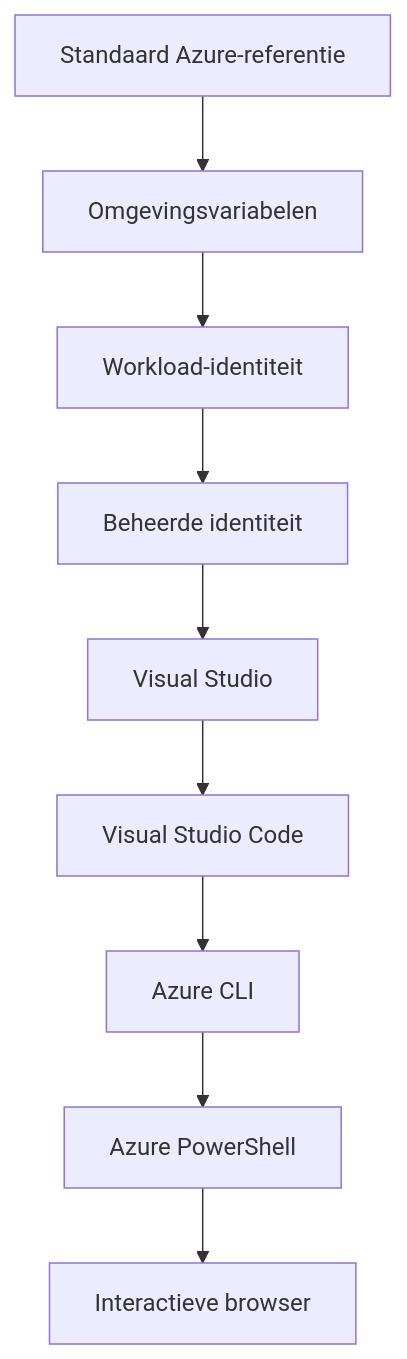
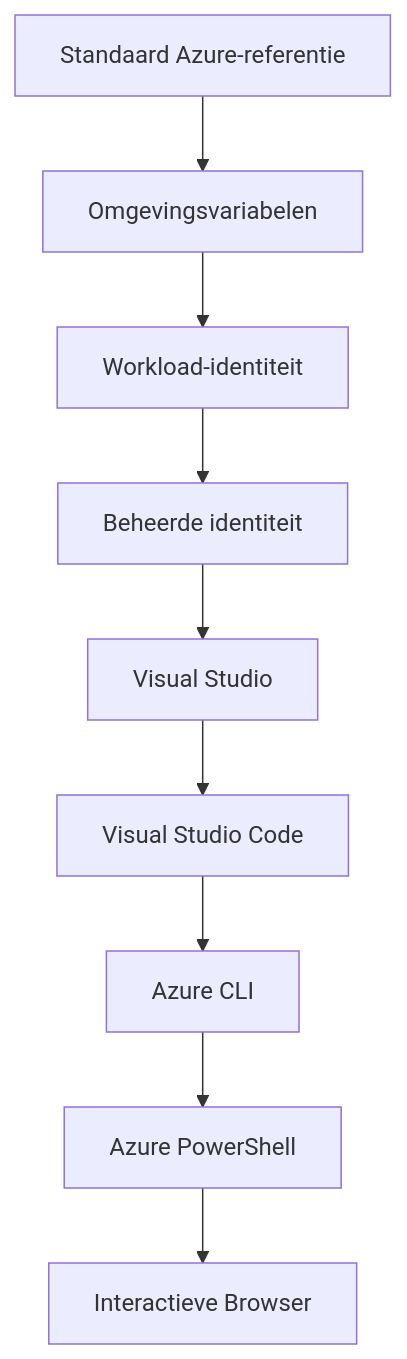
One commit to microsoft/AZD-for-beginners changed the second of 2 diagrams in translations/nl/docs/chapter-01-foundation/azd-basics.md. Above: the diagram before and after it, drawn with Mermaid. The commit also changed other lines of this file and 101 other files, not shown here.

````diff
--- a/translations/nl/docs/chapter-01-foundation/azd-basics.md
+++ b/translations/nl/docs/chapter-01-foundation/azd-basics.md
@@ -558,11 +593,11 @@
 ```mermaid
 graph TD
     A[Standaard Azure-referentie] --> B[Omgevingsvariabelen]
     B --> C[Workload-identiteit]
     C --> D[Beheerde identiteit]
     D --> E[Visual Studio]
     E --> F[Visual Studio Code]
     F --> G[Azure CLI]
     G --> H[Azure PowerShell]
-    H --> I[Interactieve browser]
+    H --> I[Interactieve Browser]
 ```
````
